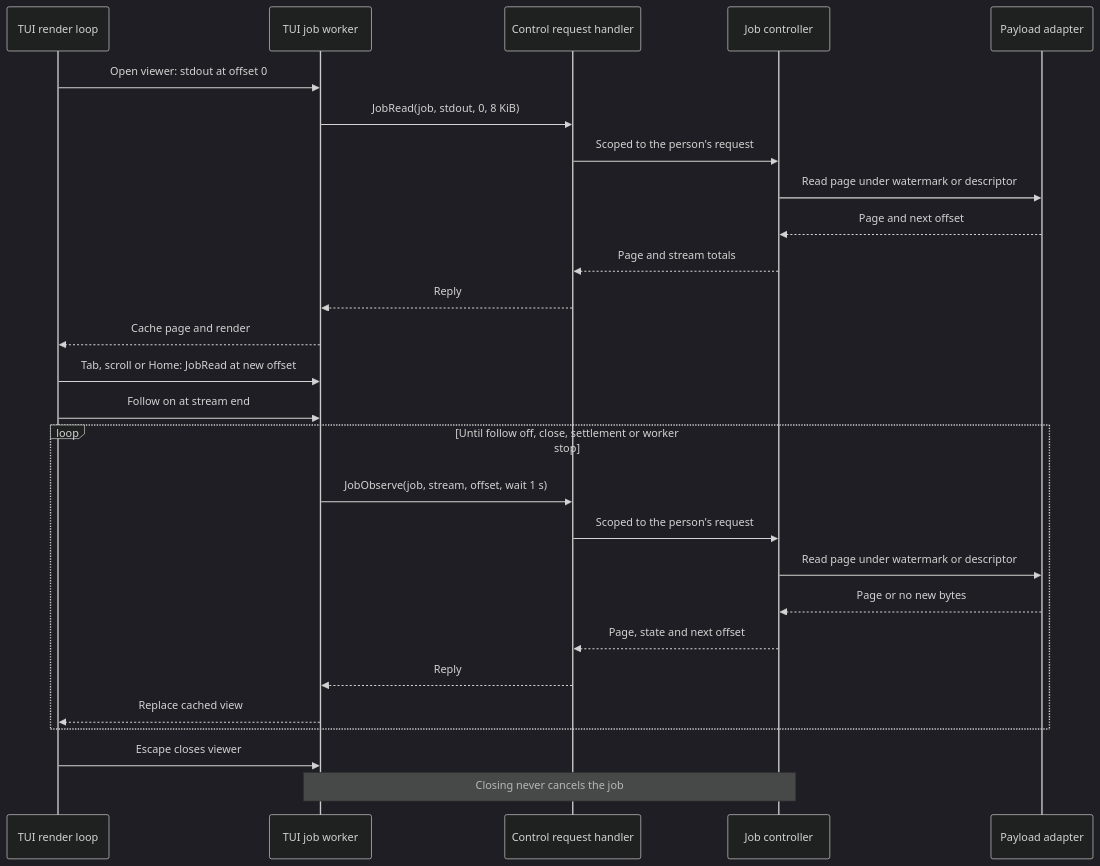
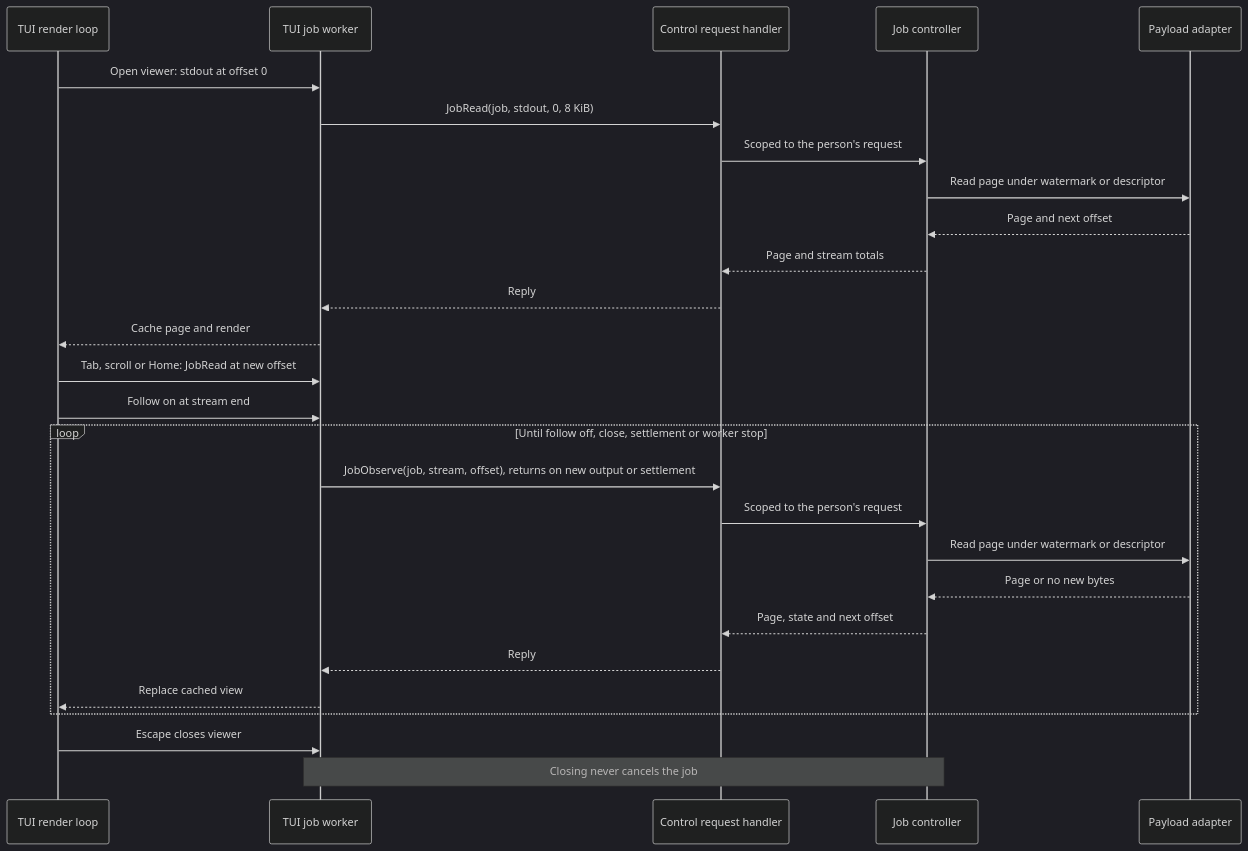
One commit to pidster/asura changed the third of 6 diagrams in docs/designs/tool-job-controller.md. Above: the diagram before and after it, drawn with Mermaid (dark theme). The commit also changed other lines of this file and 7 other files, not shown here.

````diff
--- a/docs/designs/tool-job-controller.md
+++ b/docs/designs/tool-job-controller.md
@@ -373,29 +375,29 @@
 ```mermaid
 sequenceDiagram
     participant U as TUI render loop
     participant W as TUI job worker
     participant R as Control request handler
     participant K as Job controller
     participant S as Payload adapter
     U->>W: Open viewer: stdout at offset 0
     W->>R: JobRead(job, stdout, 0, 8 KiB)
     R->>K: Scoped to the person's request
     K->>S: Read page under watermark or descriptor
     S-->>K: Page and next offset
     K-->>R: Page and stream totals
     R-->>W: Reply
     W-->>U: Cache page and render
     U->>W: Tab, scroll or Home: JobRead at new offset
     U->>W: Follow on at stream end
     loop Until follow off, close, settlement or worker stop
-        W->>R: JobObserve(job, stream, offset, wait 1 s)
+        W->>R: JobObserve(job, stream, offset), returns on new output or settlement
         R->>K: Scoped to the person's request
         K->>S: Read page under watermark or descriptor
         S-->>K: Page or no new bytes
         K-->>R: Page, state and next offset
         R-->>W: Reply
         W-->>U: Replace cached view
     end
     U->>W: Escape closes viewer
     Note over W,K: Closing never cancels the job
 ```
````
